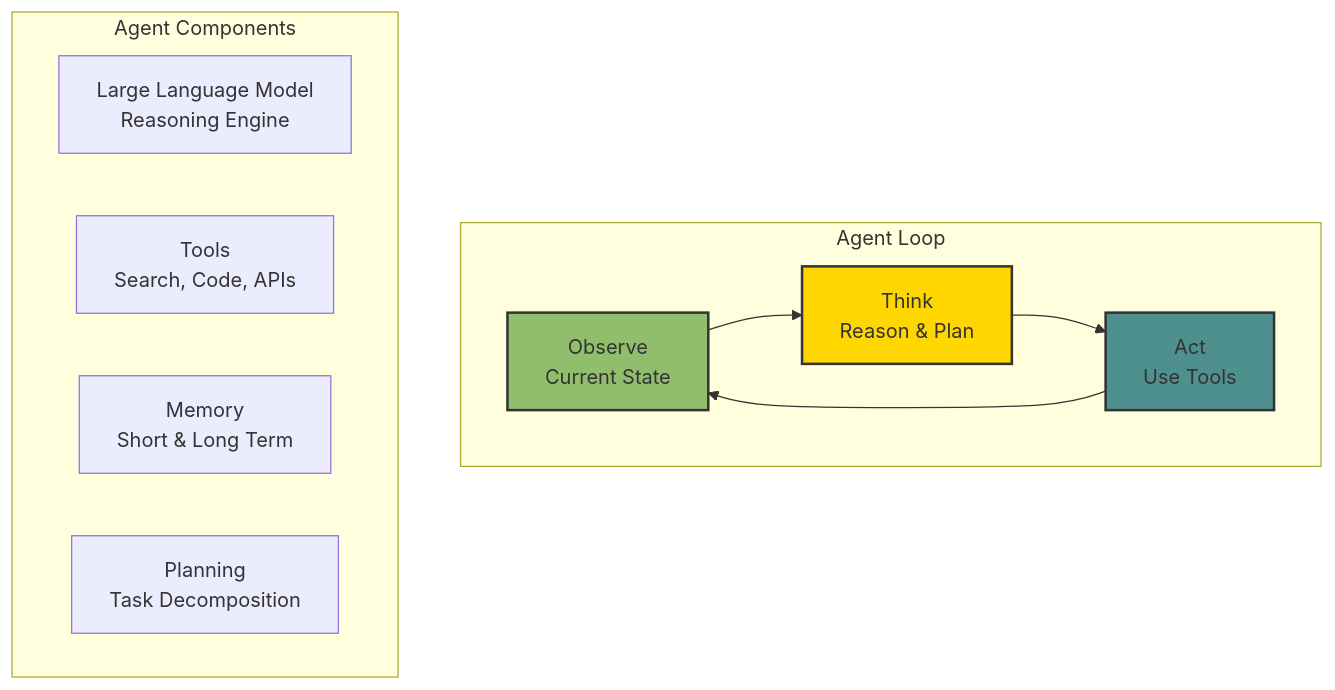
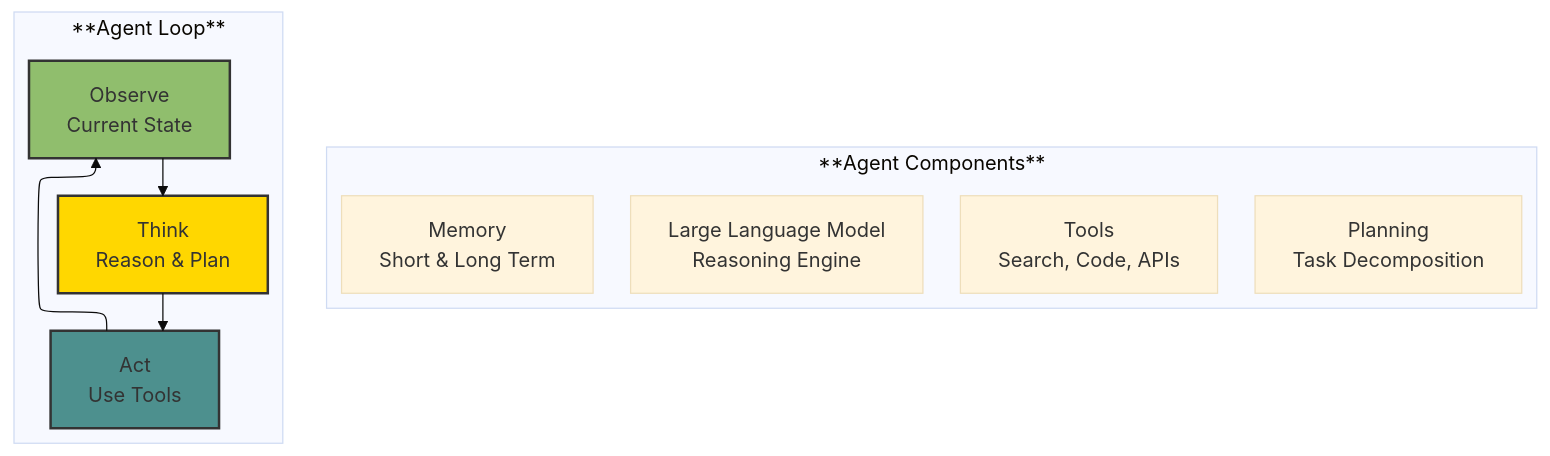
One commit to Vineet-Sharma-Medium-Stories/Medium-Build-Tool changed the first of 5 diagrams in The 2026 AI Metromap/The 2026 AI Metromap: AI Agents & Autonomous Workflows – The Self-Driving Trains.md. Above: the diagram before and after it, drawn with Mermaid. The commit also changed other lines of this file and 37 other files, not shown here.

````diff
--- a/The 2026 AI Metromap/The 2026 AI Metromap: AI Agents & Autonomous Workflows – The Self-Driving Trains.md
+++ b/The 2026 AI Metromap/The 2026 AI Metromap: AI Agents & Autonomous Workflows – The Self-Driving Trains.md
@@ -86,19 +86,28 @@
 ```mermaid
+---
+config:
+  theme: base
+  layout: elk
+---
 graph TD
-    subgraph "Agent Loop"
+    subgraph "**Agent Components**"
+
+        LLM[Large Language Model<br/>Reasoning Engine]
+        Tools[Tools<br/>Search, Code, APIs]
+        Memory[Memory<br/>Short & Long Term]
+        Planning[Planning<br/>Task Decomposition]
+    end
+
+    subgraph "**Agent Loop**"
         O[Observe<br/>Current State] --> T[Think<br/>Reason & Plan]
         T --> A[Act<br/>Use Tools]
         A --> O
     end
     
-    subgraph "Agent Components"
-        LLM[Large Language Model<br/>Reasoning Engine]
-        Tools[Tools<br/>Search, Code, APIs]
-        Memory[Memory<br/>Short & Long Term]
-        Planning[Planning<br/>Task Decomposition]
-    end
+
     
     style O fill:#90be6d,stroke:#333,stroke-width:2px
+    style A fill:#4d908e,stroke:#333,stroke-width:2px
     style T fill:#ffd700,stroke:#333,stroke-width:2px
-    style A fill:#4d908e,stroke:#333,stroke-width:2px
+
 ```
````
